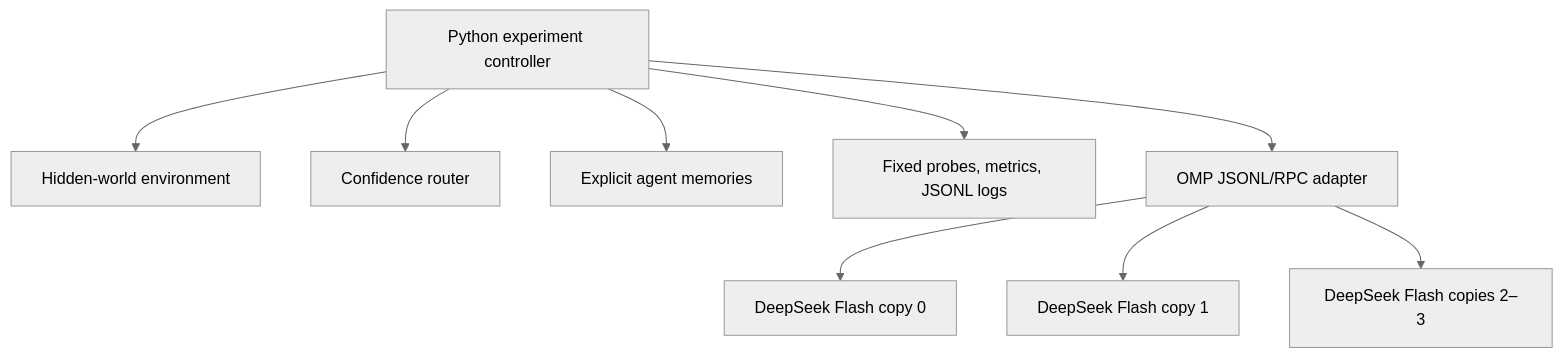
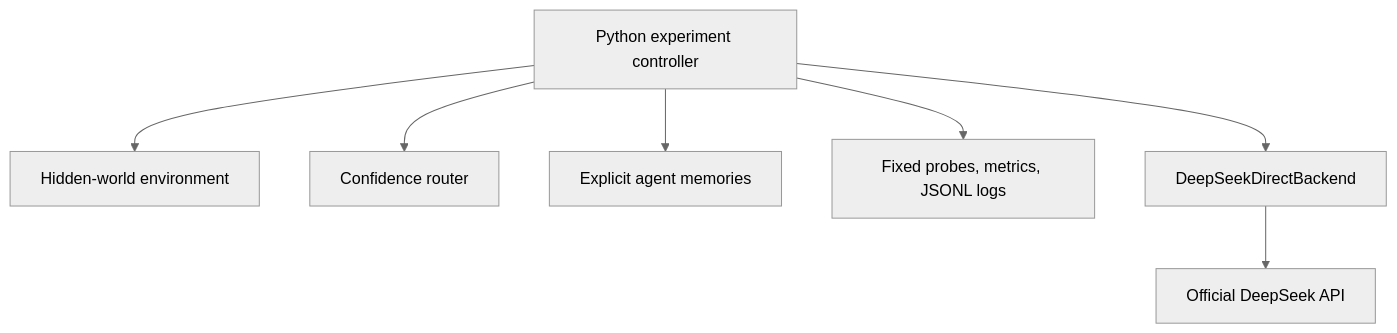
Before and after one commit to costaleirbag/emergence-specialization: the diagram in README.md, drawn with Mermaid (neutral theme). The commit also changed other lines of this file and 9 other files, not shown here.

Commit message:
Migrate replication configs to DeepSeek Direct

````diff
--- a/README.md
+++ b/README.md
@@ -8,11 +8,9 @@
 ```mermaid
 flowchart TD
   P["Python experiment controller"] --> E["Hidden-world environment"]
   P --> R["Confidence router"]
   P --> M["Explicit agent memories"]
   P --> Q["Fixed probes, metrics, JSONL logs"]
-  P --> O["OMP JSONL/RPC adapter"]
-  O --> A0["DeepSeek Flash copy 0"]
-  O --> A1["DeepSeek Flash copy 1"]
-  O --> AN["DeepSeek Flash copies 2–3"]
+  P --> O["DeepSeekDirectBackend"]
+  O --> A0["Official DeepSeek API"]
 ```
````
